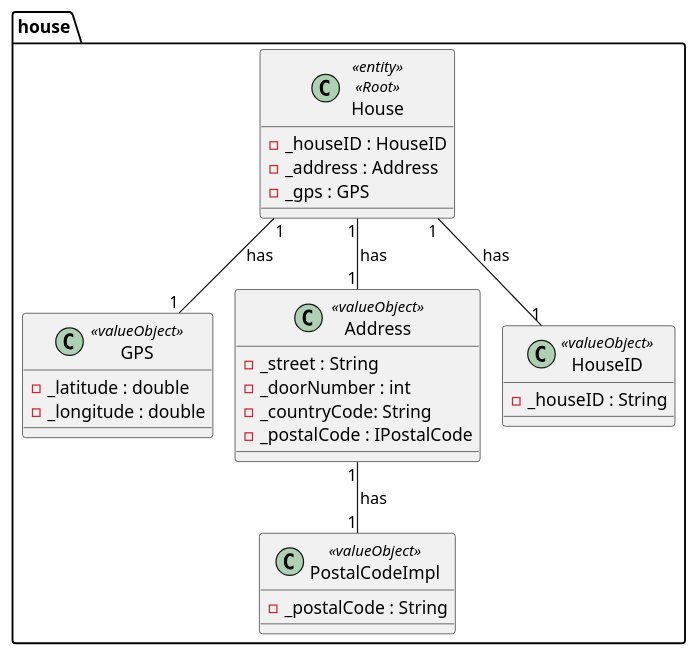
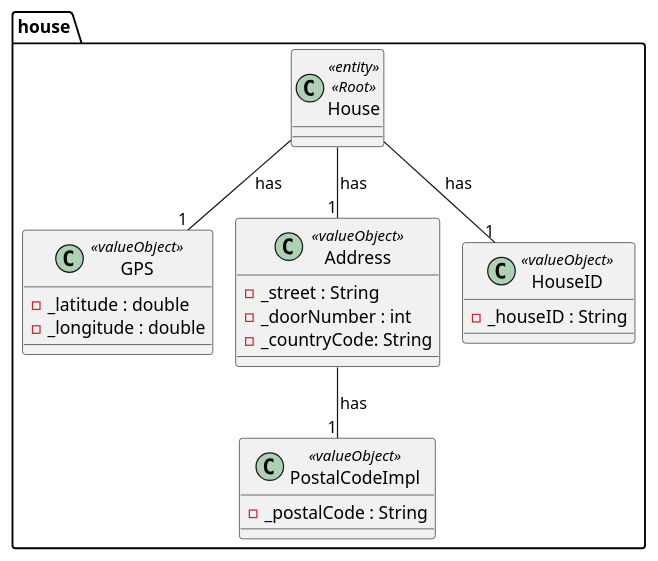
One commit to olivDiogo/SmartHome changed the diagram in docs/ooa/4.agreggateModels/House.puml. Above: the diagram before and after it, drawn with PlantUML. The commit also changed 10 other files, not shown here.

```diff
--- a/docs/ooa/4.agreggateModels/House.puml
+++ b/docs/ooa/4.agreggateModels/House.puml
@@ -1,40 +1,36 @@
 @startuml
 'https://plantuml.com/class-diagram
 !pragma layout smetana
 
 package house {
 
     class House <<entity>> <<Root>> {
-    - _houseID : HouseID
-    - _address : Address
-    - _gps : GPS
     }
 
     class GPS <<valueObject>> {
     - _latitude : double
     - _longitude : double
     }
 
     class Address <<valueObject>> {
     - _street : String
     - _doorNumber : int
     - _countryCode: String
-    - _postalCode : IPostalCode
     }
 
     class PostalCodeImpl <<valueObject>> {
     - _postalCode : String
     }
 
 
     class HouseID <<valueObject>> {
     - _houseID : String
     }
 }
 
-House "1" -- "1" HouseID : has
-House "1" -- "1" GPS : has
-House "1" -- "1" Address : has
-Address "1" -- "1" PostalCodeImpl : has
+House  -- "1" HouseID : has
+House  -- "1" GPS : has
+House  -- "1" Address : has
+Address  -- "1" PostalCodeImpl : has
 
 @enduml
```
